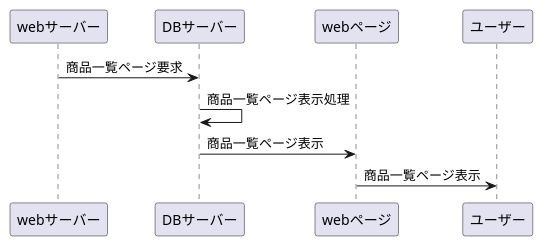
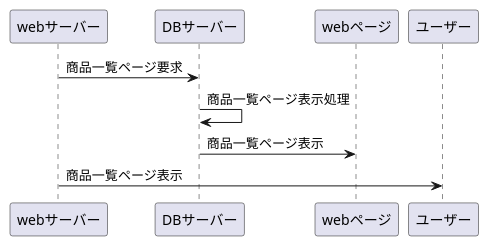
Before and after one commit to Aso2001406/2021sys-design: the diagram in gyoumuflow2.md, drawn with PlantUML.

````diff
--- a/gyoumuflow2.md
+++ b/gyoumuflow2.md
@@ -1,8 +1,8 @@
 ```uml
 @startuml
 webサーバー -> DBサーバー : 商品一覧ページ要求
 DBサーバー -> DBサーバー : 商品一覧ページ表示処理
 DBサーバー -> webページ : 商品一覧ページ表示
-webページ -> ユーザー : 商品一覧ページ表示
+webサーバー -> ユーザー : 商品一覧ページ表示
 @enduml
 ```
````
